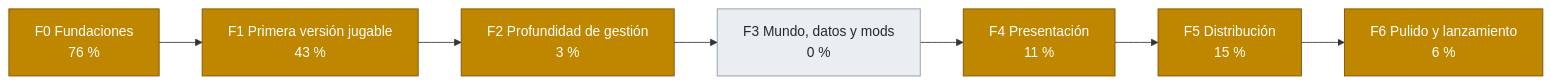
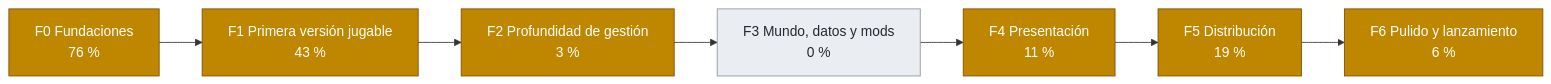
Before and after one commit to dariogea/BM27: the second of 2 diagrams in docs/roadmap.md, drawn with Mermaid. The commit also changed other lines of this file and 3 other files, not shown here.

````diff
--- a/docs/roadmap.md
+++ b/docs/roadmap.md
@@ -50,21 +50,21 @@
 ```mermaid
 flowchart LR
   F0["F0 Fundaciones<br/>76 %"]
   F1["F1 Primera versión jugable<br/>43 %"]
   F2["F2 Profundidad de gestión<br/>3 %"]
   F3["F3 Mundo, datos y mods<br/>0 %"]
   F4["F4 Presentación<br/>11 %"]
-  F5["F5 Distribución<br/>15 %"]
+  F5["F5 Distribución<br/>19 %"]
   F6["F6 Pulido y lanzamiento<br/>6 %"]
   F0 --> F1 --> F2 --> F3 --> F4 --> F5 --> F6
   classDef hecho fill:#2da44e,color:#fff,stroke:#1a7f37;
   classDef curso fill:#bf8700,color:#fff,stroke:#7d4e00;
   classDef pendiente fill:#eaeef2,color:#24292f,stroke:#8c959f;
   class F0 curso;
   class F1 curso;
   class F2 curso;
   class F3 pendiente;
   class F4 curso;
   class F5 curso;
   class F6 curso;
 ```
````
